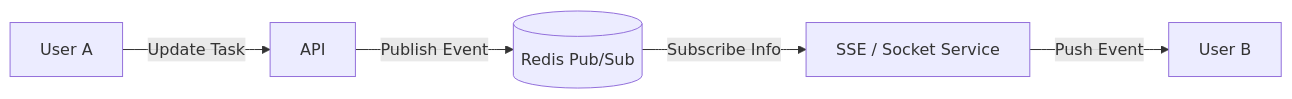
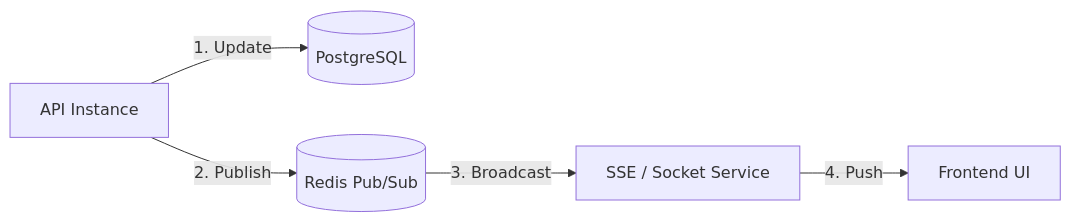
The third of 3 diagrams in backend/docs/data_flow.md (siddhantdeval/real-time-task-manager), drawn with Mermaid before and after one commit. The commit also changed other lines of this file and 3 other files, not shown here.

Commit message:
docs: comprehensive rewrite of API reference, backend overview, and system data flow

````diff
--- a/backend/docs/data_flow.md
+++ b/backend/docs/data_flow.md
@@ -71,7 +87,7 @@
 ```mermaid
 graph LR
-    UserA[User A] -->|Update Task| API
-    API -->|Publish Event| Redis[(Redis Pub/Sub)]
-    Redis -->|Subscribe Info| SSE[SSE / Socket Service]
-    SSE -->|Push Event| UserB[User B]
+    API[API Instance] -->|1. Update| DB[(PostgreSQL)]
+    API -->|2. Publish| Redis[(Redis Pub/Sub)]
+    Redis -->|3. Broadcast| SSE[SSE / Socket Service]
+    SSE -->|4. Push| UI[Frontend UI]
 ```
````
